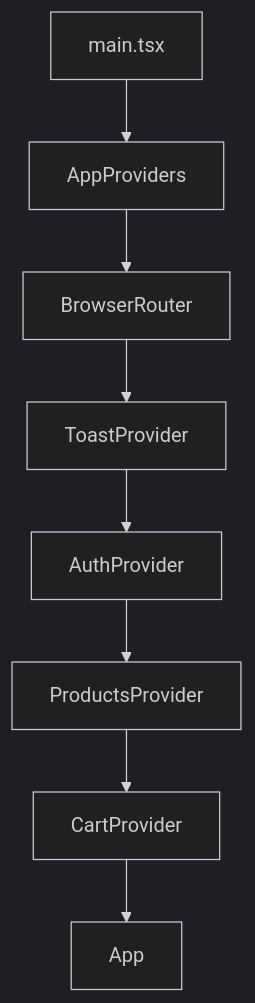
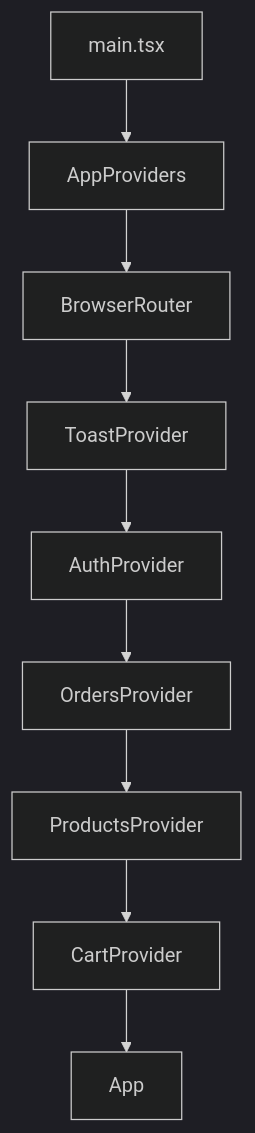
The diagram in README.md (candelariaferrari/proyectoM5_CandelariaFerrari), drawn with Mermaid (dark theme) before and after one commit. The commit also changed other lines of this file and 1 other file, not shown here.

````diff
--- a/README.md
+++ b/README.md
@@ -94,10 +94,11 @@
 ```mermaid
 graph TD
     A[main.tsx] --> B[AppProviders]
     B --> C[BrowserRouter]
     C --> D[ToastProvider]
     D --> E[AuthProvider]
-    E --> F[ProductsProvider]
-    F --> G[CartProvider]
-    G --> H[App]
+    E --> F[OrdersProvider]
+    F --> G[ProductsProvider]
+    G --> H[CartProvider]
+    H --> I[App]
 ```
````
